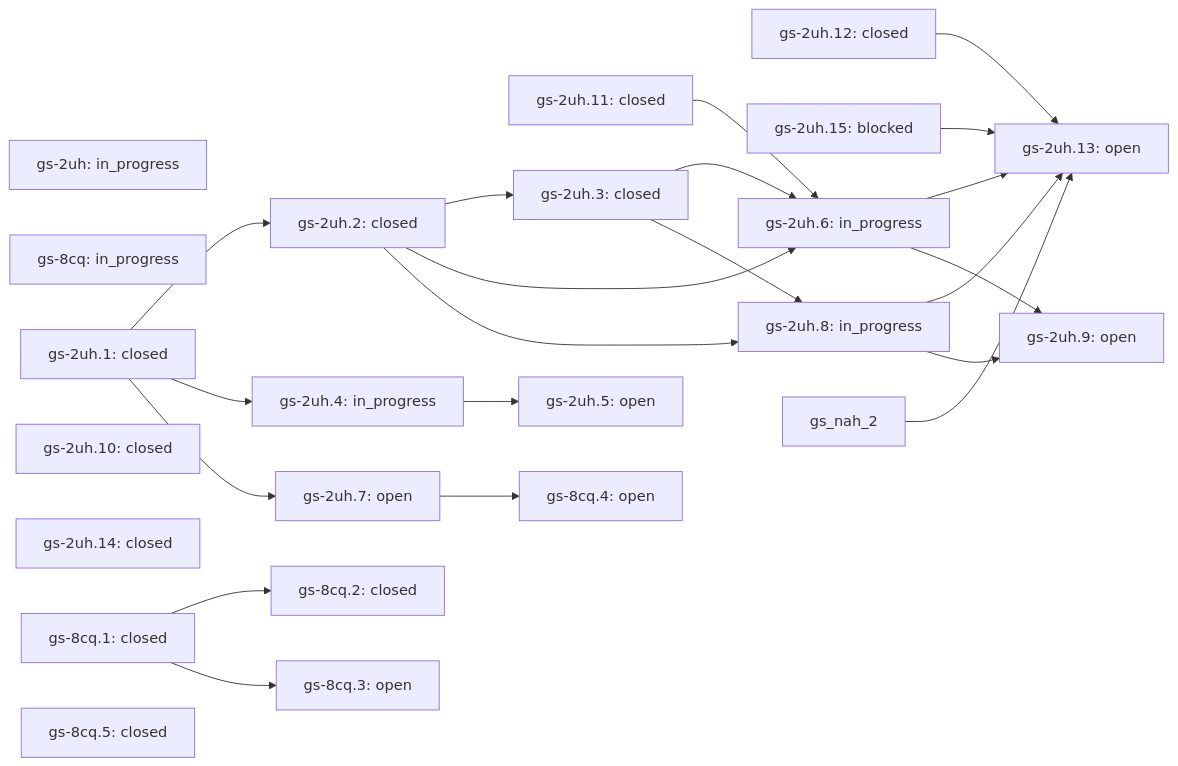
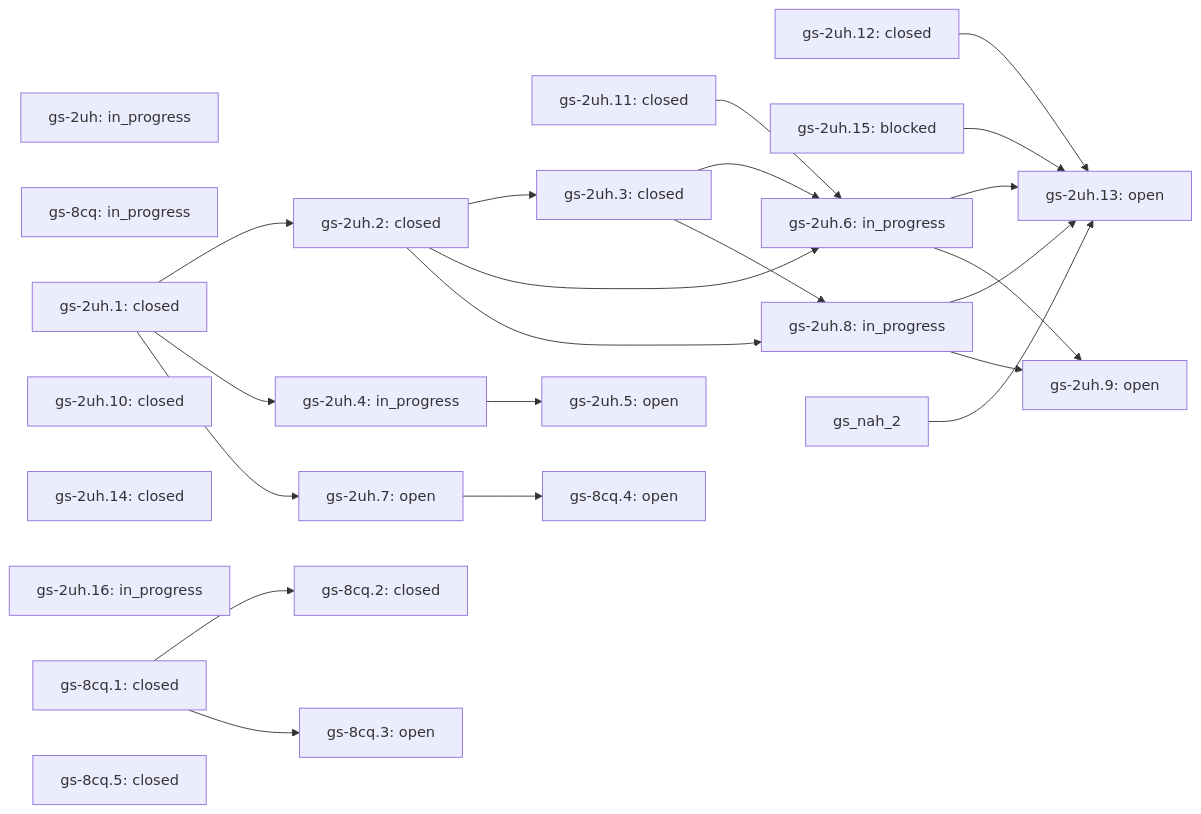
One commit to lifeofgurpreet/G-Skills changed the diagram in docs/skills/vps-health/ROADMAP.md. Above: the diagram before and after it, drawn with Mermaid. The commit also changed other lines of this file and 26 other files, not shown here.

````diff
--- a/docs/skills/vps-health/ROADMAP.md
+++ b/docs/skills/vps-health/ROADMAP.md
@@ -34,45 +35,46 @@
 ```mermaid
 flowchart LR
   gs_2uh["gs-2uh: in_progress"]
   gs_8cq["gs-8cq: in_progress"]
   gs_2uh_1["gs-2uh.1: closed"]
   gs_2uh_10["gs-2uh.10: closed"]
   gs_2uh_11["gs-2uh.11: closed"]
   gs_2uh_12["gs-2uh.12: closed"]
   gs_2uh_13["gs-2uh.13: open"]
   gs_2uh_12 --> gs_2uh_13
   gs_2uh_15 --> gs_2uh_13
   gs_2uh_6 --> gs_2uh_13
   gs_2uh_8 --> gs_2uh_13
   gs_nah_2 --> gs_2uh_13
   gs_2uh_14["gs-2uh.14: closed"]
   gs_2uh_15["gs-2uh.15: blocked"]
+  gs_2uh_16["gs-2uh.16: in_progress"]
   gs_2uh_2["gs-2uh.2: closed"]
   gs_2uh_1 --> gs_2uh_2
   gs_2uh_3["gs-2uh.3: closed"]
   gs_2uh_2 --> gs_2uh_3
   gs_2uh_4["gs-2uh.4: in_progress"]
   gs_2uh_1 --> gs_2uh_4
   gs_2uh_5["gs-2uh.5: open"]
   gs_2uh_4 --> gs_2uh_5
   gs_2uh_6["gs-2uh.6: in_progress"]
   gs_2uh_11 --> gs_2uh_6
   gs_2uh_2 --> gs_2uh_6
   gs_2uh_3 --> gs_2uh_6
   gs_2uh_8["gs-2uh.8: in_progress"]
   gs_2uh_2 --> gs_2uh_8
   gs_2uh_3 --> gs_2uh_8
   gs_8cq_1["gs-8cq.1: closed"]
   gs_8cq_2["gs-8cq.2: closed"]
   gs_8cq_1 --> gs_8cq_2
   gs_2uh_7["gs-2uh.7: open"]
   gs_2uh_1 --> gs_2uh_7
   gs_2uh_9["gs-2uh.9: open"]
   gs_2uh_6 --> gs_2uh_9
   gs_2uh_8 --> gs_2uh_9
   gs_8cq_3["gs-8cq.3: open"]
   gs_8cq_1 --> gs_8cq_3
   gs_8cq_4["gs-8cq.4: open"]
   gs_2uh_7 --> gs_8cq_4
   gs_8cq_5["gs-8cq.5: closed"]
 ```
````
